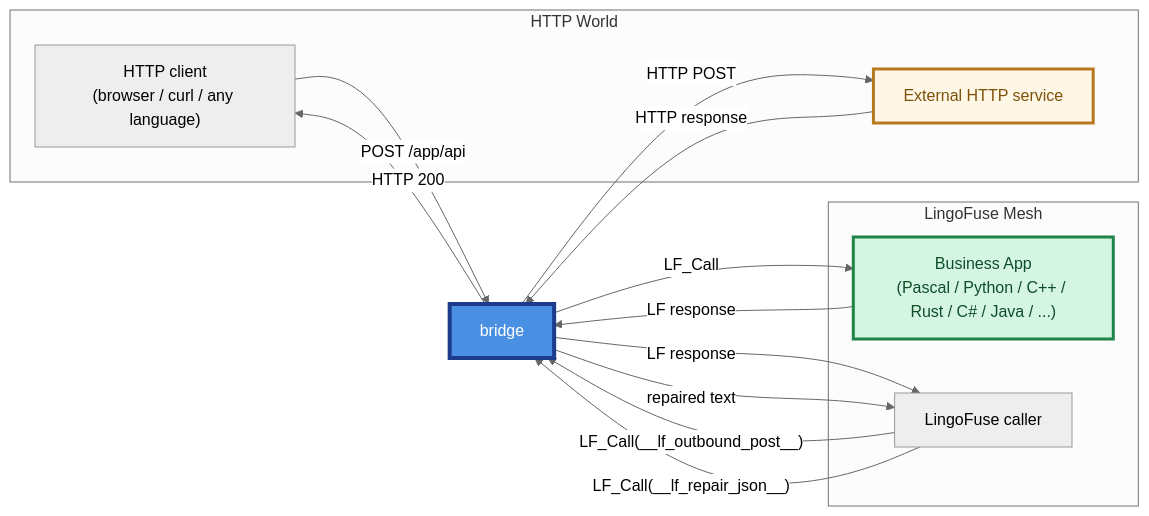
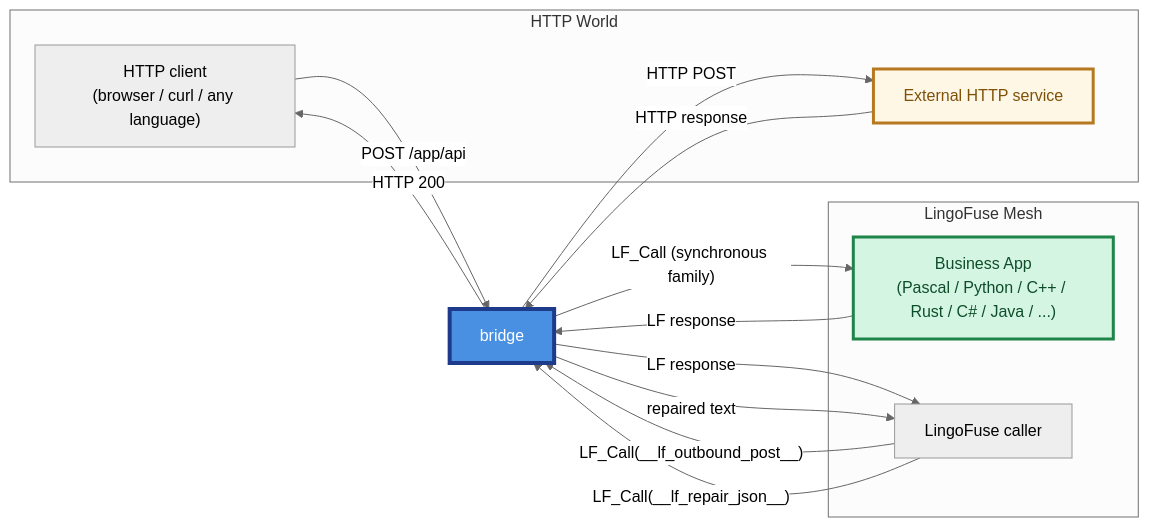
The first of 24 diagrams in Py/lingofuse/Bridge_User_Guide.md (PassByYou888/LingoFuse), drawn with Mermaid (neutral theme) before and after one commit. The commit also changed other lines of this file and 78 other files, not shown here.

````diff
--- a/Py/lingofuse/Bridge_User_Guide.md
+++ b/Py/lingofuse/Bridge_User_Guide.md
@@ -60,31 +65,31 @@
 ```mermaid
 flowchart LR
     subgraph HTTPWorld["HTTP World"]
         HTTPClient["HTTP client<br/>(browser / curl / any language)"]
         ExtServer["External HTTP service"]
     end
 
     Bridge["bridge"]
 
     subgraph Mesh["LingoFuse Mesh"]
         BizApp["Business App<br/>(Pascal / Python / C++ / Rust / C# / Java / ...)"]
         LFCaller["LingoFuse caller"]
     end
 
     HTTPClient -->|"POST /app/api"| Bridge
-    Bridge -->|"LF_Call"| BizApp
+    Bridge -->|"LF_Call (synchronous family)"| BizApp
     BizApp -->|"LF response"| Bridge
     Bridge -->|"HTTP 200"| HTTPClient
 
     LFCaller -->|"LF_Call(__lf_outbound_post__)"| Bridge
     Bridge -->|"HTTP POST"| ExtServer
     ExtServer -->|"HTTP response"| Bridge
     Bridge -->|"LF response"| LFCaller
 
     LFCaller -->|"LF_Call(__lf_repair_json__)"| Bridge
     Bridge -->|"repaired text"| LFCaller
 
     style Bridge fill:#4A90E2,stroke:#1E3A8A,stroke-width:4px,color:#FFFFFF
     style BizApp fill:#D5F5E3,stroke:#1E8449,stroke-width:3px,color:#0E4D2A
     style ExtServer fill:#FFF7E6,stroke:#B7791F,stroke-width:3px,color:#7E5109
 ```
````
